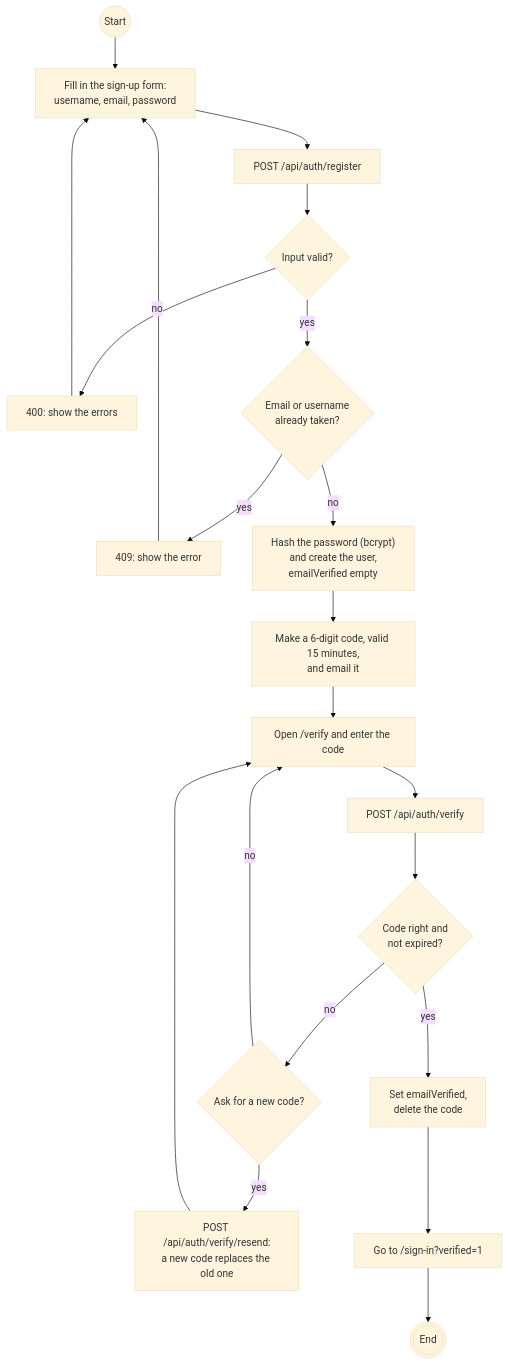
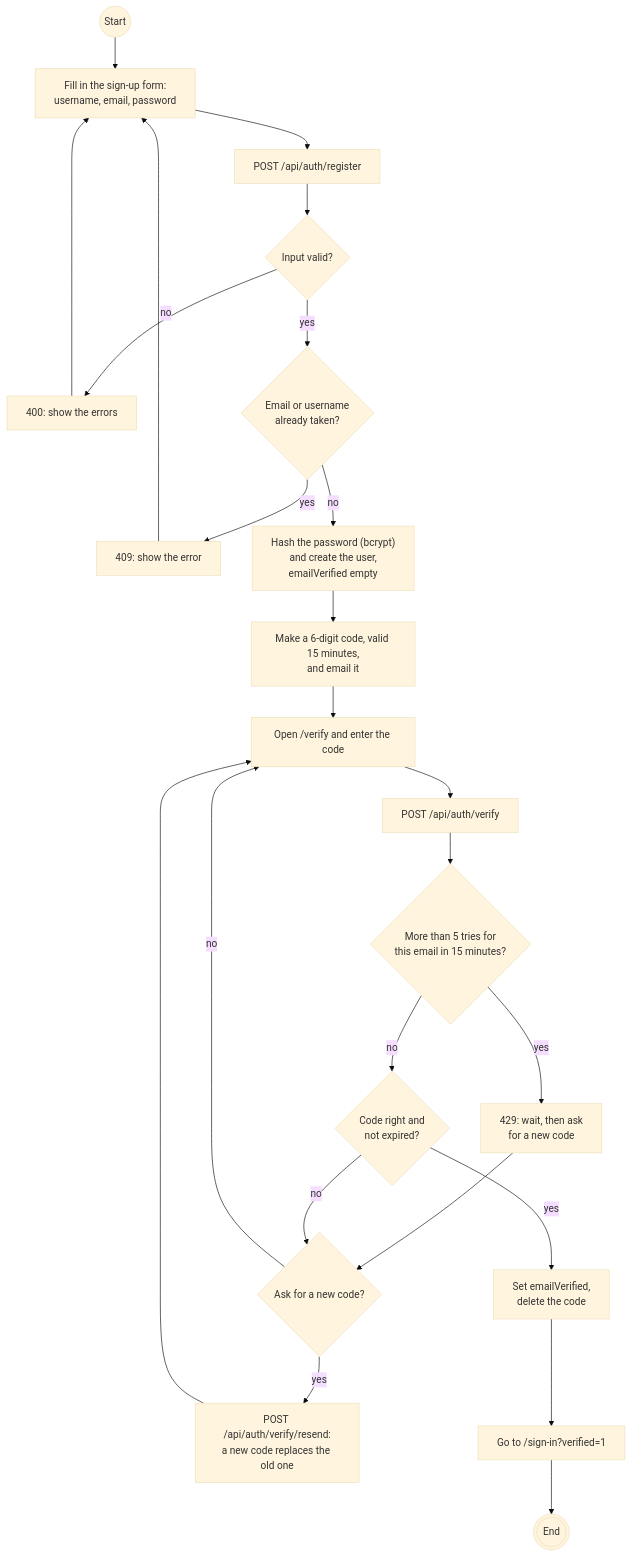
The diagram in .docs/Thesis-Report/images/fig4-2-signup.mmd (CaoNgocAnhTuan/Breadit), drawn with Mermaid (base theme) before and after one commit. The commit also changed 5 other files, not shown here.

Commit message:
docs: Figures 4.2, 4.5, 4.7 and 4.11 follow the security fixes (code tries, pwv, readSession, passwordVersion)

```diff
--- a/.docs/Thesis-Report/images/fig4-2-signup.mmd
+++ b/.docs/Thesis-Report/images/fig4-2-signup.mmd
@@ -1,21 +1,24 @@
 flowchart TD
     S((Start)) --> A1["Fill in the sign-up form:<br/>username, email, password"]
     A1 --> A2["POST /api/auth/register"]
     A2 --> D1{"Input valid?"}
     D1 -->|no| R1["400: show the errors"]
     R1 --> A1
     D1 -->|yes| D2{"Email or username<br/>already taken?"}
     D2 -->|yes| R2["409: show the error"]
     R2 --> A1
     D2 -->|no| A3["Hash the password (bcrypt)<br/>and create the user,<br/>emailVerified empty"]
     A3 --> A4["Make a 6-digit code, valid 15 minutes,<br/>and email it"]
     A4 --> A5["Open /verify and enter the code"]
     A5 --> A6["POST /api/auth/verify"]
-    A6 --> D3{"Code right and<br/>not expired?"}
+    A6 --> D5{"More than 5 tries for<br/>this email in 15 minutes?"}
+    D5 -->|yes| R3["429: wait, then ask<br/>for a new code"]
+    R3 --> D4
+    D5 -->|no| D3{"Code right and<br/>not expired?"}
     D3 -->|no| D4{"Ask for a new code?"}
     D4 -->|yes| A7["POST /api/auth/verify/resend:<br/>a new code replaces the old one"]
     A7 --> A5
     D4 -->|no| A5
     D3 -->|yes| A8["Set emailVerified,<br/>delete the code"]
     A8 --> A9["Go to /sign-in?verified=1"]
     A9 --> E(((End)))
```
